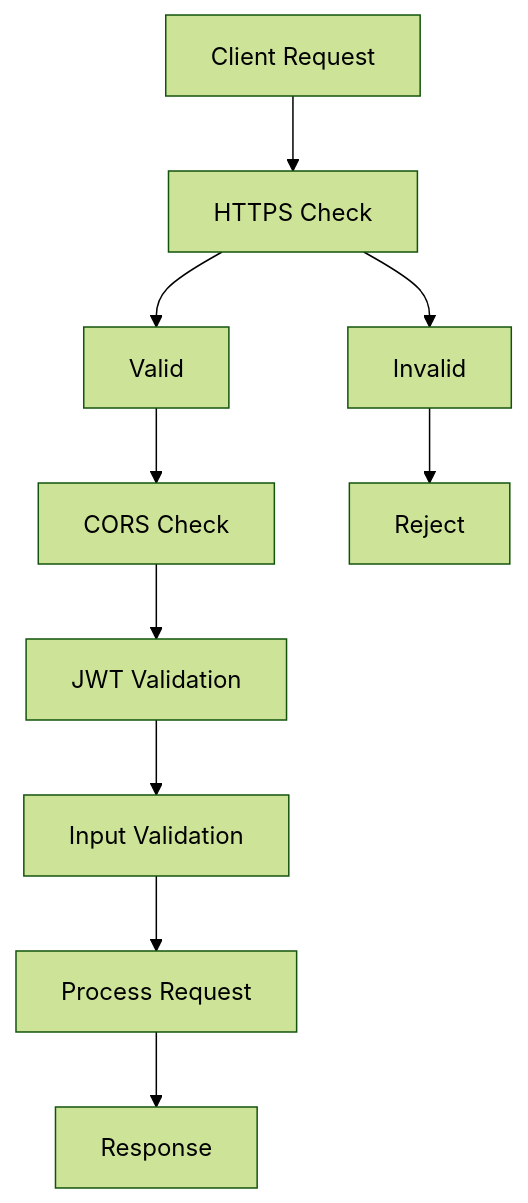
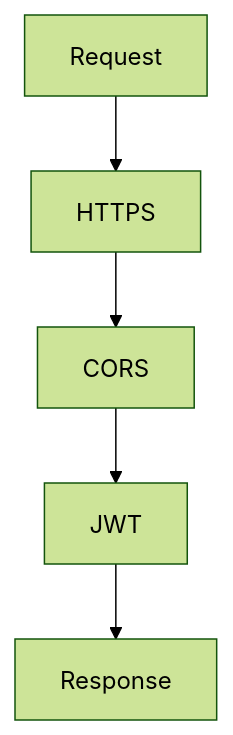
Before and after one commit to BTech20/biometric-auth-system: the sixth of 15 diagrams in ARCHITECTURE.md, drawn with Mermaid (forest theme). The commit also changed other lines of this file, not shown here.

First line of the commit message:
Ultra-simplify Mermaid diagrams to basic graph syntax

````diff
--- a/ARCHITECTURE.md
+++ b/ARCHITECTURE.md
@@ -150,12 +112,7 @@
 ```mermaid
-flowchart TB
-    A[Client Request] --> B[HTTPS Check]
-    B --> C[Valid]
-    B --> D[Invalid]
-    C --> E[CORS Check]
-    E --> F[JWT Validation]
-    F --> G[Input Validation]
-    G --> H[Process Request]
-    H --> I[Response]
-    D --> J[Reject]
+graph TD
+    A[Request] --> B[HTTPS]
+    B --> C[CORS]
+    C --> D[JWT]
+    D --> E[Response]
 ```
````
